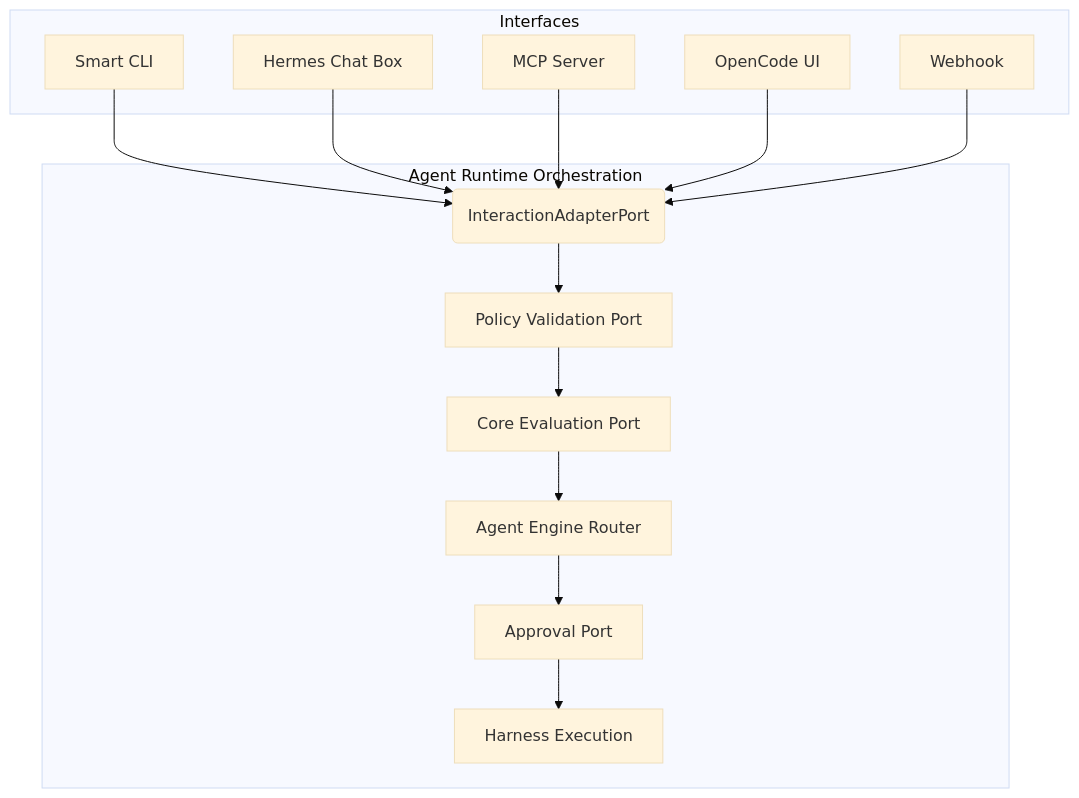
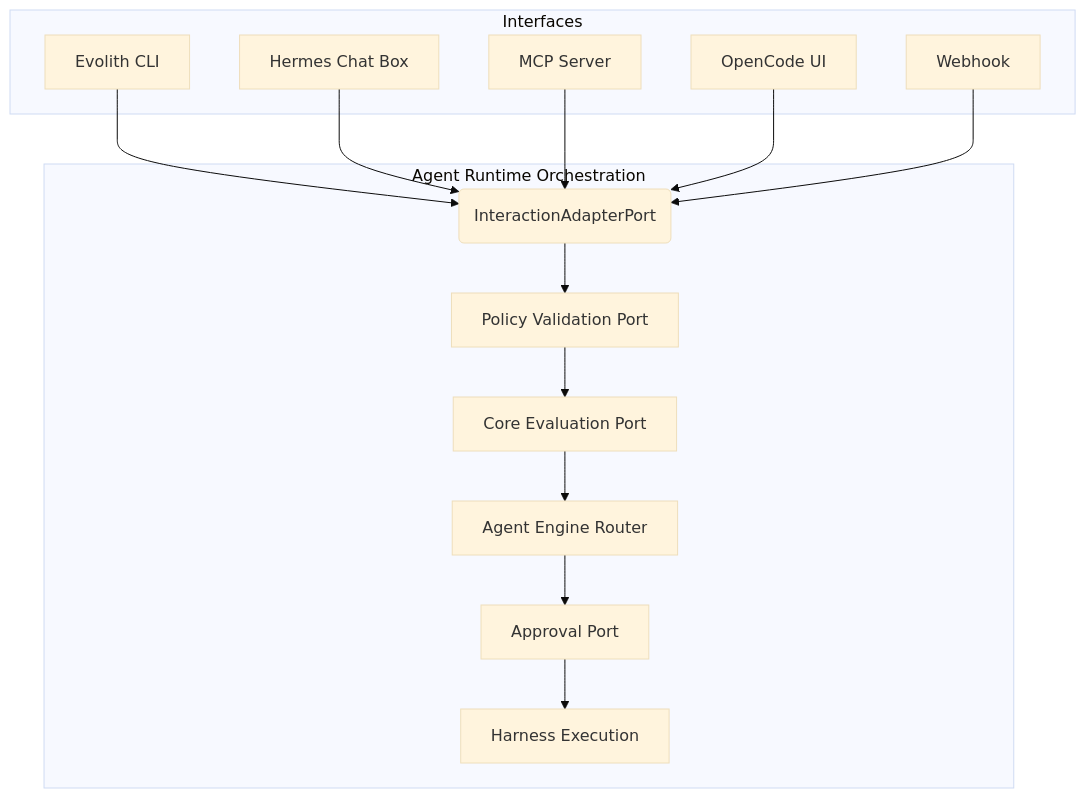
Before and after one commit to beyondnetcode/evolith_arch32: the first of 4 diagrams in reference/core/architecture/foundations/ports-and-adapters.md, drawn with Mermaid (base theme). The commit also changed other lines of this file and 195 other files, not shown here.

First line of the commit message:
refactor(brand): align "Smart CLI" → "Evolith CLI" across docs, code, npm, and assemblies

````diff
--- a/reference/core/architecture/foundations/ports-and-adapters.md
+++ b/reference/core/architecture/foundations/ports-and-adapters.md
@@ -90,31 +90,31 @@
 ```mermaid
 graph TD
     subgraph Interfaces
-        CLI[Smart CLI]
+        CLI[Evolith CLI]
         Chat[Hermes Chat Box]
         MCP[MCP Server]
         OpenCode[OpenCode UI]
         Webhook[Webhook]
     end
 
     subgraph Runtime [Agent Runtime Orchestration]
         IAP(InteractionAdapterPort)
         Core[Core Evaluation Port]
         OPA[Policy Validation Port]
         Engine[Agent Engine Router]
         Harness[Harness Execution]
         HITL[Approval Port]
     end
 
     CLI --> IAP
     Chat --> IAP
     MCP --> IAP
     OpenCode --> IAP
     Webhook --> IAP
 
     IAP --> OPA
     OPA --> Core
     Core --> Engine
     Engine --> HITL
     HITL --> Harness
 ```
````
